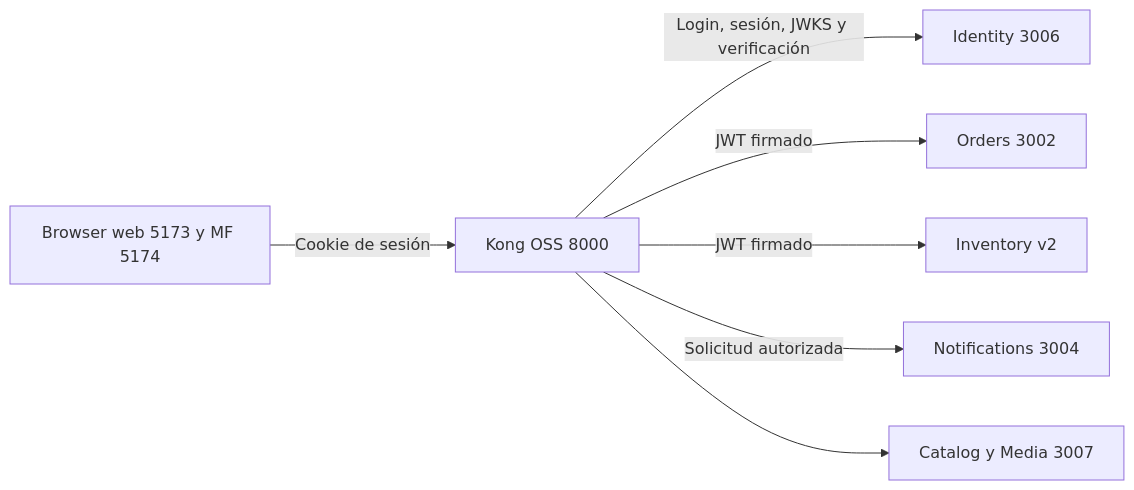
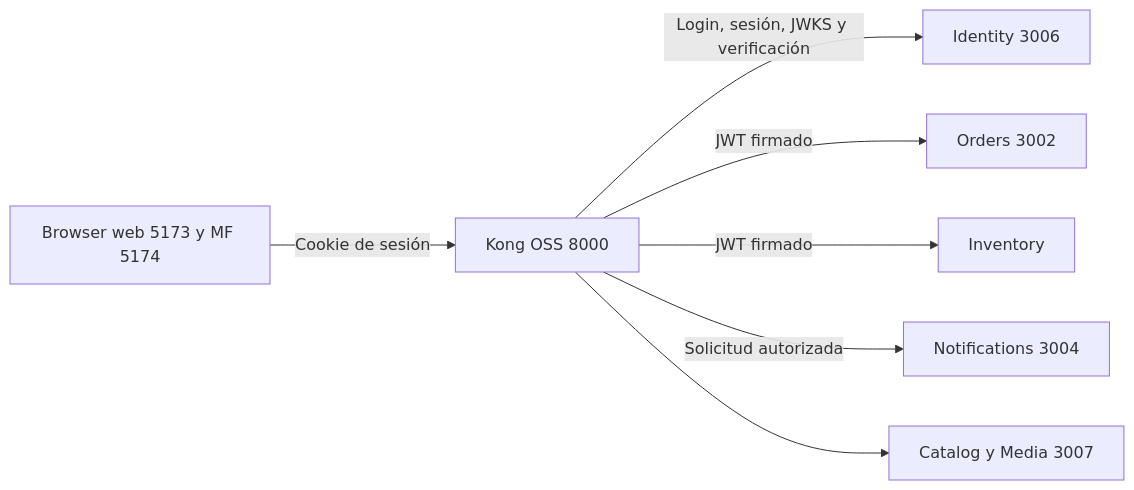
Before and after one commit to rodrigop23/mercadoya-curso-asd: the diagram in README.md, drawn with Mermaid. The commit also changed other lines of this file and 36 other files, not shown here.

````diff
--- a/README.md
+++ b/README.md
@@ -102,9 +102,9 @@
 ```mermaid
 flowchart LR
   Browser[Browser web 5173 y MF 5174] -->|Cookie de sesión| Kong[Kong OSS 8000]
   Kong -->|Login, sesión, JWKS y verificación| Identity[Identity 3006]
   Kong -->|JWT firmado| Orders[Orders 3002]
-  Kong -->|JWT firmado| Inventory[Inventory v2]
+  Kong -->|JWT firmado| Inventory[Inventory]
   Kong -->|Solicitud autorizada| Notifications[Notifications 3004]
   Kong --> Catalog[Catalog y Media 3007]
 ```
````
